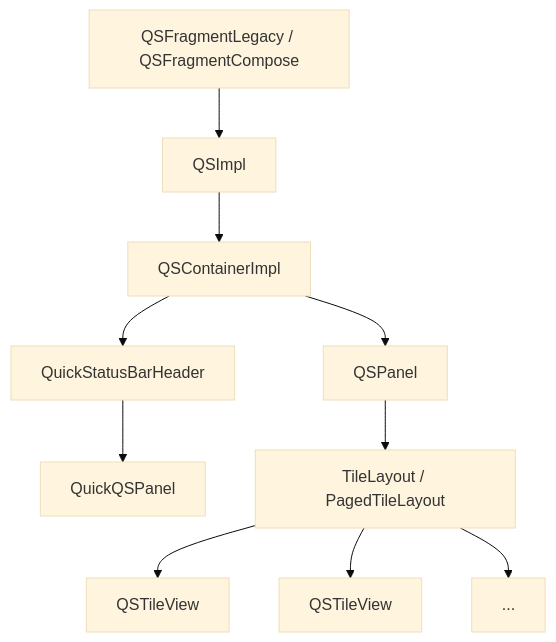
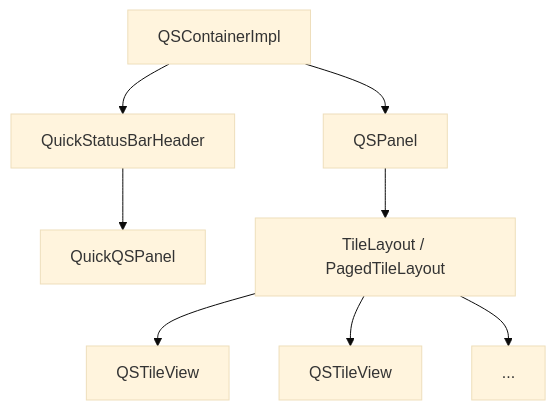
Diagram 11 of 32 in 47-systemui.md (aospbooks/aosp-internal-book), drawn with Mermaid (base theme) before and after one commit. The commit also changed other lines of this file and 232 other files, not shown here.

````diff
--- a/47-systemui.md
+++ b/47-systemui.md
@@ -967,13 +1064,11 @@
 ```mermaid
 graph TD
-    QSFragment["QSFragmentLegacy / QSFragmentCompose"]
-    QSFragment --> QSImpl["QSImpl"]
-    QSImpl --> QSContainerImpl["QSContainerImpl"]
+    QSContainerImpl["QSContainerImpl"]
     QSContainerImpl --> QuickStatusBarHeader["QuickStatusBarHeader"]
     QSContainerImpl --> QSPanel["QSPanel"]
     QuickStatusBarHeader --> QuickQSPanel["QuickQSPanel"]
     QSPanel --> TileLayout["TileLayout / PagedTileLayout"]
     TileLayout --> TileView1["QSTileView"]
     TileLayout --> TileView2["QSTileView"]
     TileLayout --> TileViewN["..."]
 ```
````
